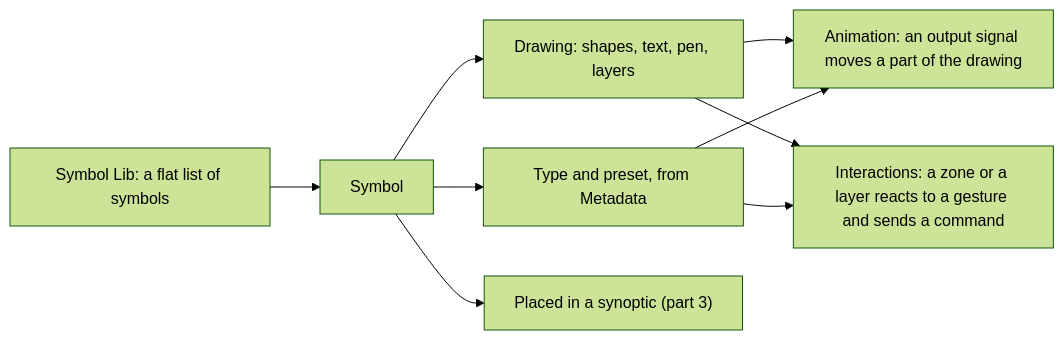
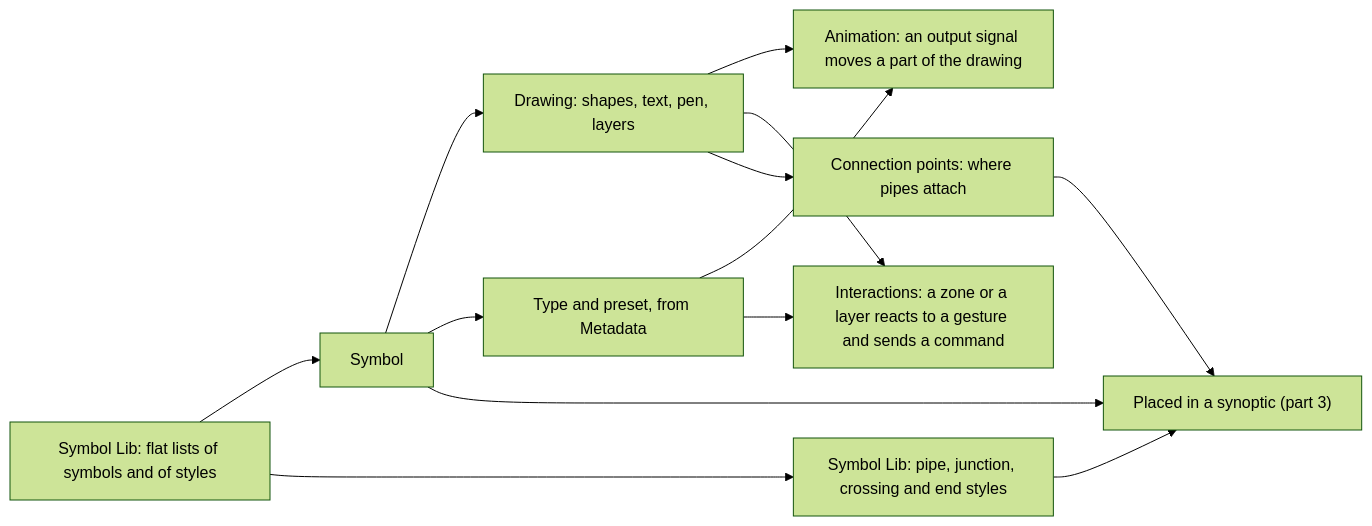
One commit to AlexandreGallais/synoptic-studio-spec changed the diagram in symbols/README.md. Above: the diagram before and after it, drawn with Mermaid (forest theme). The commit also changed other lines of this file and 18 other files, not shown here.

First line of the commit message:
docs(symbols): add pipes and anchors, unify pages, extend research brief

````diff
--- a/symbols/README.md
+++ b/symbols/README.md
@@ -13,11 +13,15 @@
 ```mermaid
 flowchart LR
-    L["Symbol Lib: a flat list of symbols"] --> S["Symbol"]
+    L["Symbol Lib: flat lists of symbols and of styles"] --> S["Symbol"]
+    L --> L2
     S --> D["Drawing: shapes, text, pen, layers"]
     S --> T["Type and preset, from Metadata"]
     D --> A["Animation: an output signal moves a part of the drawing"]
     D --> I["Interactions: a zone or a layer reacts to a gesture and sends a command"]
     T --> A
     T --> I
     S --> Y["Placed in a synoptic (part 3)"]
+    D --> K["Connection points: where pipes attach"]
+    L2["Symbol Lib: pipe, junction, crossing and end styles"] --> Y
+    K --> Y
 ```
````
